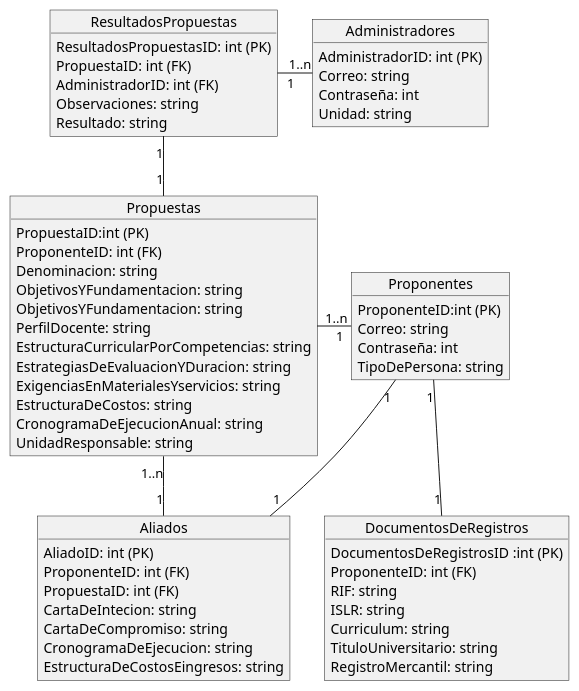
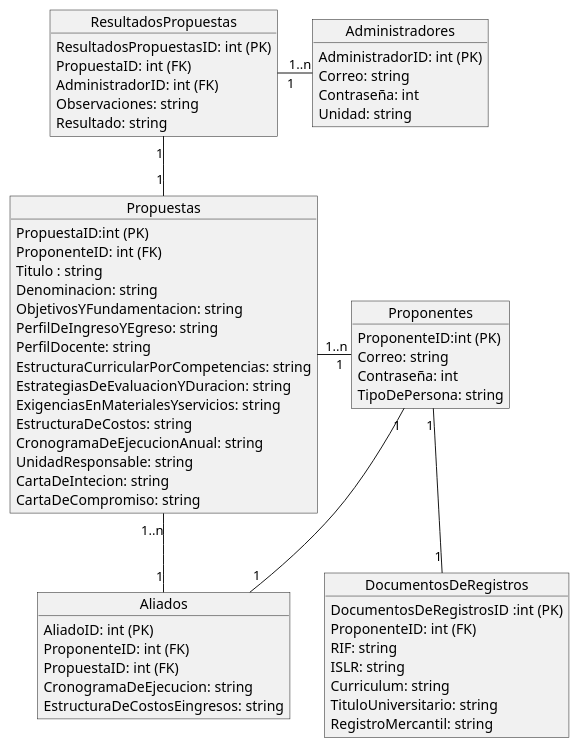
One commit to edwynG/Proyecto-ingenieria-del-software changed the diagram in docs/logicalView/DatabaseDiagram.plantuml. Above: the diagram before and after it, drawn with PlantUML. The commit also changed 61 other files, not shown here.

```diff
--- a/docs/logicalView/DatabaseDiagram.plantuml
+++ b/docs/logicalView/DatabaseDiagram.plantuml
@@ -1,72 +1,74 @@
 @startuml DatabaseDiagram
 
 object Proponentes{
     ProponenteID:int (PK)
     Correo: string
     Contraseña: int
     TipoDePersona: string
 }
 
 object Administradores{
     AdministradorID: int (PK)
     Correo: string
     Contraseña: int
     Unidad: string
 }
 
 object DocumentosDeRegistros{
     DocumentosDeRegistrosID :int (PK)
     ProponenteID: int (FK)
     RIF: string
     ISLR: string
     Curriculum: string
     TituloUniversitario: string
     RegistroMercantil: string
 }
 
 
 
 object Propuestas{
     PropuestaID:int (PK)
     ProponenteID: int (FK)
+    Titulo : string 
     Denominacion: string
     ObjetivosYFundamentacion: string
-    ObjetivosYFundamentacion: string
+    PerfilDeIngresoYEgreso: string
     PerfilDocente: string
     EstructuraCurricularPorCompetencias: string
     EstrategiasDeEvaluacionYDuracion: string
     ExigenciasEnMaterialesYservicios: string
     EstructuraDeCostos: string
     CronogramaDeEjecucionAnual: string
     UnidadResponsable: string
+    CartaDeIntecion: string
+    CartaDeCompromiso: string
+
 }
 
 object ResultadosPropuestas{
     ResultadosPropuestasID: int (PK)
     PropuestaID: int (FK)
     AdministradorID: int (FK)
     Observaciones: string
     Resultado: string
 }
 
 
 object Aliados{
     AliadoID: int (PK)
     ProponenteID: int (FK)
     PropuestaID: int (FK)
-    CartaDeIntecion: string
-    CartaDeCompromiso: string
     CronogramaDeEjecucion: string
     EstructuraDeCostosEingresos: string
 }
 
 
 
 ResultadosPropuestas "1"--"1" Propuestas
 Administradores "1   "-l- " 1..n" ResultadosPropuestas
 DocumentosDeRegistros "1"-u-"1" Proponentes
 Propuestas "1..n "-r-" 1" Proponentes
 Aliados "1"-u-"1" Proponentes
 Aliados "1"-u-"1..n" Propuestas
 
 @enduml
```
